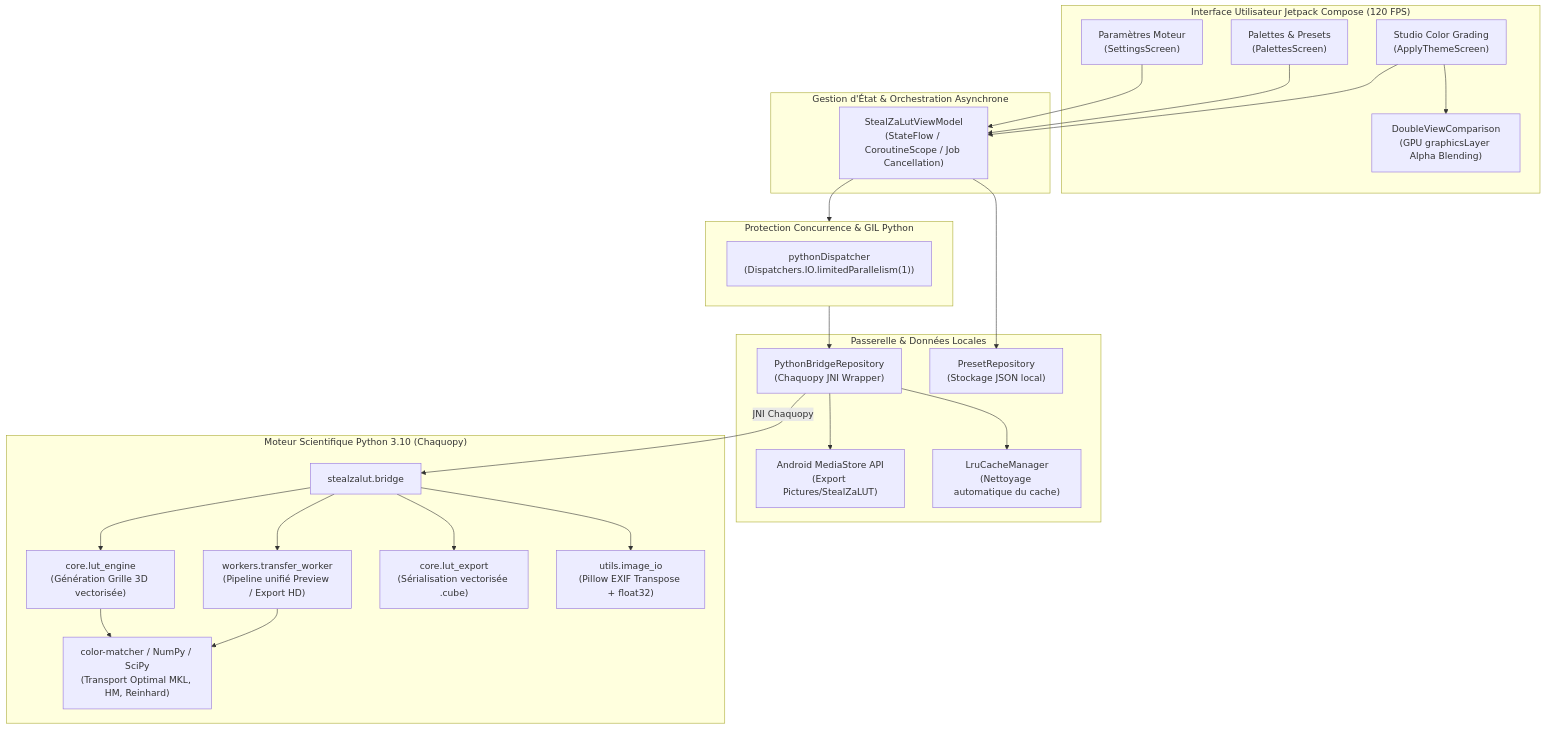
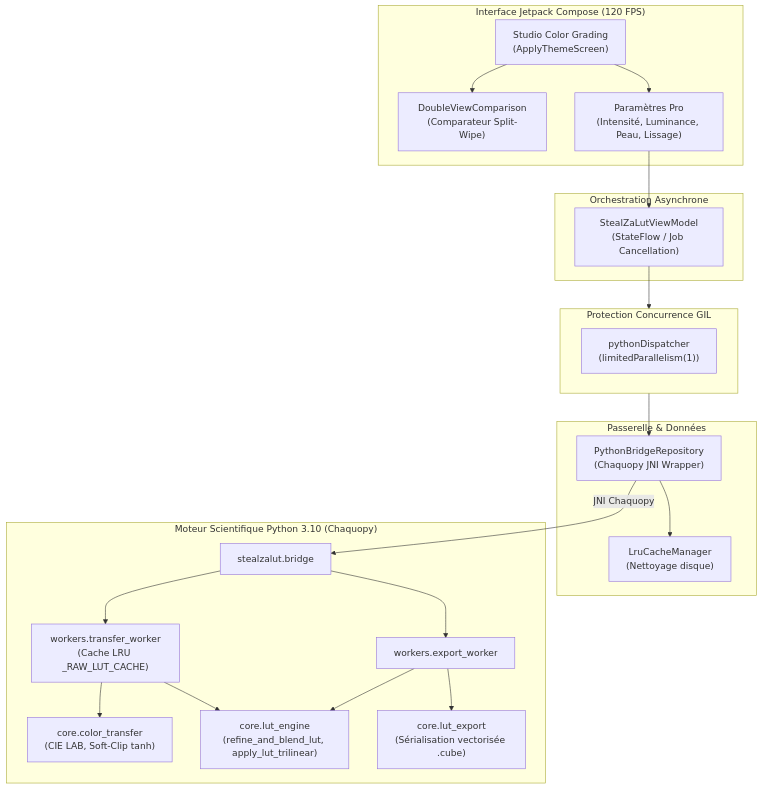
Before and after one commit to Aupiet/StealZaLut_Mobile: the diagram in README.md, drawn with Mermaid. The commit also changed other lines of this file and 32 other files, not shown here.

Commit message:
feat: update color grading logic, Python bridge, and add Profile screen with Saved images repository

````diff
--- a/README.md
+++ b/README.md
@@ -56,52 +77,45 @@
 ```mermaid
 graph TD
-    subgraph UI_Layer ["Interface Utilisateur Jetpack Compose (120 FPS)"]
+    subgraph UI_Layer ["Interface Jetpack Compose (120 FPS)"]
         Studio["Studio Color Grading\n(ApplyThemeScreen)"]
-        Palettes["Palettes & Presets\n(PalettesScreen)"]
-        Settings["Paramètres Moteur\n(SettingsScreen)"]
-        DoubleView["DoubleViewComparison\n(GPU graphicsLayer Alpha Blending)"]
+        DoubleView["DoubleViewComparison\n(Comparateur Split-Wipe)"]
+        Sliders["Paramètres Pro\n(Intensité, Luminance, Peau, Lissage)"]
     end
 
-    subgraph ViewModel_Layer ["Gestion d'État & Orchestration Asynchrone"]
-        VM["StealZaLutViewModel\n(StateFlow / CoroutineScope / Job Cancellation)"]
+    subgraph ViewModel_Layer ["Orchestration Asynchrone"]
+        VM["StealZaLutViewModel\n(StateFlow / Job Cancellation)"]
     end
 
-    subgraph Concurrency_Guard ["Protection Concurrence & GIL Python"]
-        Dispatcher["pythonDispatcher\n(Dispatchers.IO.limitedParallelism(1))"]
+    subgraph Concurrency_Guard ["Protection Concurrence GIL"]
+        Dispatcher["pythonDispatcher\n(limitedParallelism(1))"]
     end
 
-    subgraph Data_Layer ["Passerelle & Données Locales"]
+    subgraph Data_Layer ["Passerelle & Données"]
         BridgeRepo["PythonBridgeRepository\n(Chaquopy JNI Wrapper)"]
-        PresetRepo["PresetRepository\n(Stockage JSON local)"]
-        MediaStore["Android MediaStore API\n(Export Pictures/StealZaLUT)"]
-        LRU["LruCacheManager\n(Nettoyage automatique du cache)"]
+        LRU["LruCacheManager\n(Nettoyage disque)"]
     end
 
     subgraph Python_Backend ["Moteur Scientifique Python 3.10 (Chaquopy)"]
         BridgePy["stealzalut.bridge"]
-        TransferWorker["workers.transfer_worker\n(Pipeline unifié Preview / Export HD)"]
-        LutEngine["core.lut_engine\n(Génération Grille 3D vectorisée)"]
+        TransferWorker["workers.transfer_worker\n(Cache LRU _RAW_LUT_CACHE)"]
+        ExportWorker["workers.export_worker"]
+        ColorTransfer["core.color_transfer\n(CIE LAB, Soft-Clip tanh)"]
+        LutEngine["core.lut_engine\n(refine_and_blend_lut, apply_lut_trilinear)"]
         LutExport["core.lut_export\n(Sérialisation vectorisée .cube)"]
-        ImageIO["utils.image_io\n(Pillow EXIF Transpose + float32)"]
-        ColorMatcher["color-matcher / NumPy / SciPy\n(Transport Optimal MKL, HM, Reinhard)"]
     end
 
-    Studio --> VM
-    Palettes --> VM
-    Settings --> VM
+    Studio --> Sliders
+    Sliders --> VM
     Studio --> DoubleView
-
     VM --> Concurrency_Guard
     Concurrency_Guard --> BridgeRepo
-    VM --> PresetRepo
-    BridgeRepo --> MediaStore
     BridgeRepo --> LRU
+    BridgeRepo -->|JNI Chaquopy| BridgePy
 
-    BridgeRepo -->|JNI Chaquopy| BridgePy
     BridgePy --> TransferWorker
-    BridgePy --> LutEngine
-    BridgePy --> LutExport
-    BridgePy --> ImageIO
-    TransferWorker --> ColorMatcher
-    LutEngine --> ColorMatcher
+    BridgePy --> ExportWorker
+    TransferWorker --> LutEngine
+    TransferWorker --> ColorTransfer
+    ExportWorker --> LutEngine
+    ExportWorker --> LutExport
 ```
````
